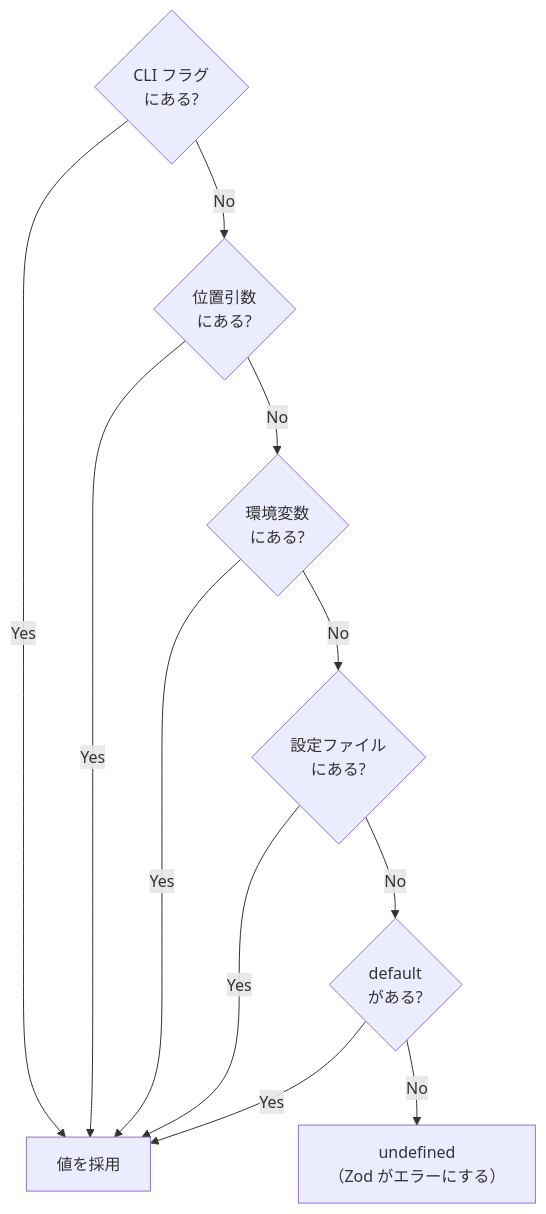
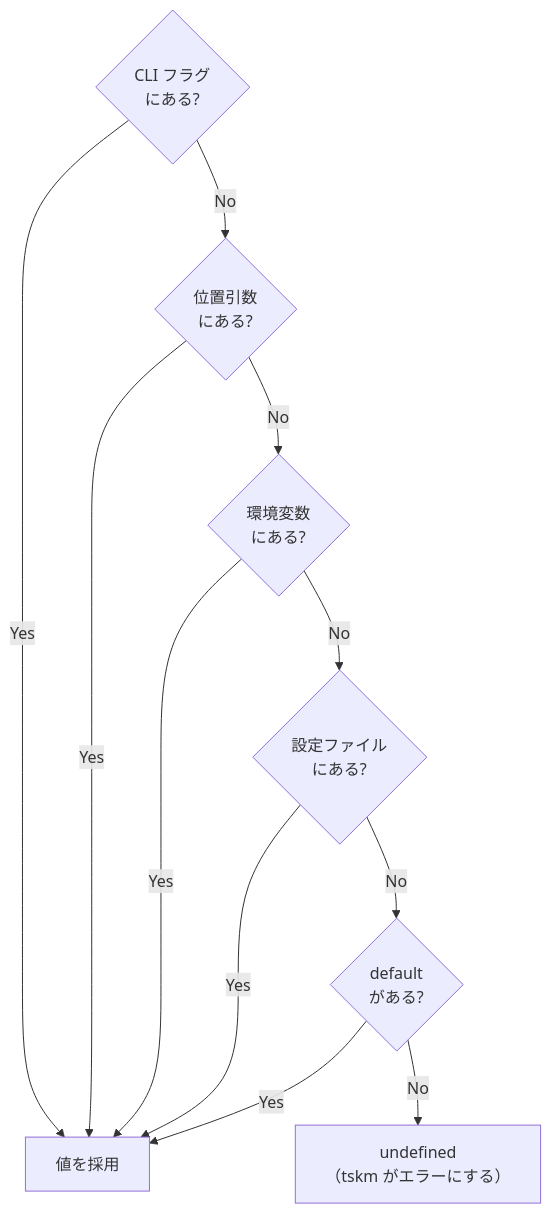
The fourth of 6 diagrams in docs/architecture.md (miyaoka/fsss), drawn with Mermaid before and after one commit. The commit also changed other lines of this file and 31 other files, not shown here.

First line of the commit message:
refactor(schema): replace zod with @tskm/core for arg validation

````diff
--- a/docs/architecture.md
+++ b/docs/architecture.md
@@ -150,21 +150,21 @@
 ```mermaid
 flowchart TD
   flag{"CLI フラグ<br/>にある?"}
   pos{"位置引数<br/>にある?"}
   env{"環境変数<br/>にある?"}
   config{"設定ファイル<br/>にある?"}
   def{"default<br/>がある?"}
   found["値を採用"]
-  undef["undefined<br/>（Zod がエラーにする）"]
+  undef["undefined<br/>（tskm がエラーにする）"]
 
   flag -- "Yes" --> found
   flag -- "No" --> pos
   pos -- "Yes" --> found
   pos -- "No" --> env
   env -- "Yes" --> found
   env -- "No" --> config
   config -- "Yes" --> found
   config -- "No" --> def
   def -- "Yes" --> found
   def -- "No" --> undef
 ```
````
